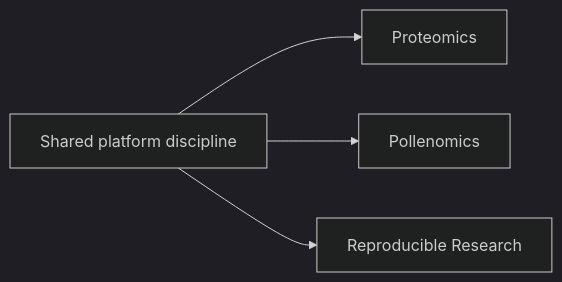
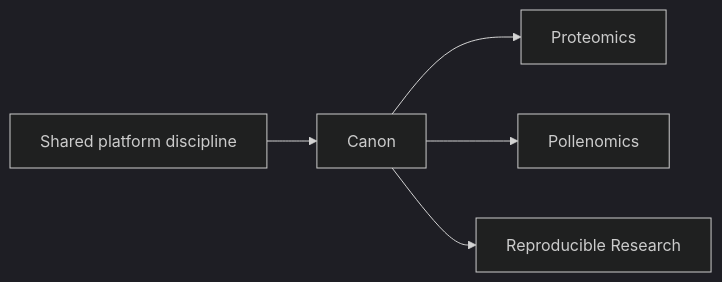
One commit to bijux/bijux.github.io changed the diagram in docs/01-platform/applied-domains/index.md. Above: the diagram before and after it, drawn with Mermaid (dark theme). The commit also changed other lines of this file, not shown here.

Commit message:
docs(platform): add canon to the applied domains stack

````diff
--- a/docs/01-platform/applied-domains/index.md
+++ b/docs/01-platform/applied-domains/index.md
@@ -17,6 +22,7 @@
 ```mermaid
 graph LR
-    foundations["Shared platform discipline"] --> proteomics["Proteomics"]
-    foundations --> pollenomics["Pollenomics"]
-    foundations --> learning["Reproducible Research"]
+    foundations["Shared platform discipline"] --> canon["Canon"]
+    canon --> proteomics["Proteomics"]
+    canon --> pollenomics["Pollenomics"]
+    canon --> learning["Reproducible Research"]
 ```
````
